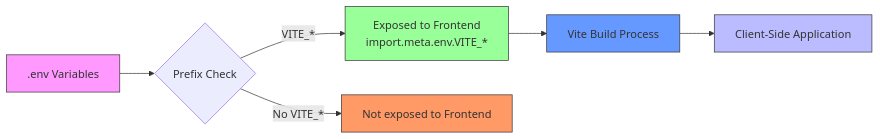
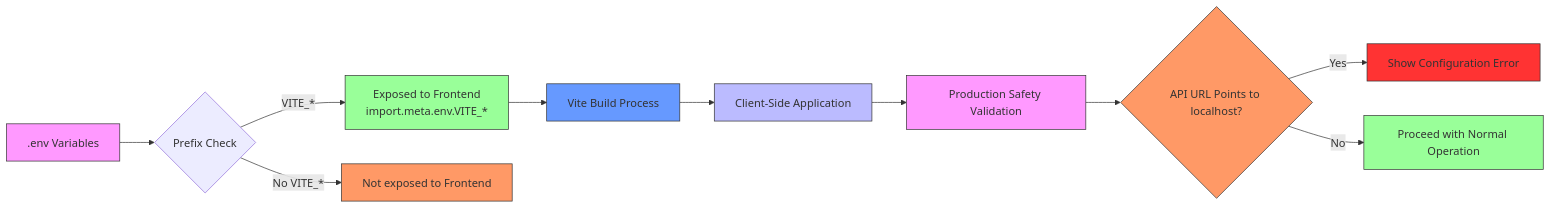
Before and after one commit to Brimstow/ThumPiks: the third of 4 diagrams in .qoder/repowiki/en/content/Configuration & Customization/Environment Configuration.md, drawn with Mermaid. The commit also changed other lines of this file and 900 other files, not shown here.

````diff
--- a/.qoder/repowiki/en/content/Configuration & Customization/Environment Configuration.md
+++ b/.qoder/repowiki/en/content/Configuration & Customization/Environment Configuration.md
@@ -99,13 +146,21 @@
 ```mermaid
 flowchart LR
 A[".env Variables"] --> B{Prefix Check}
 B --> |VITE_*| C["Exposed to Frontend<br>import.meta.env.VITE_*"]
 B --> |No VITE_*| D["Not exposed to Frontend"]
 C --> E["Vite Build Process"]
 E --> F["Client-Side Application"]
+F --> G["Production Safety Validation"]
+G --> H{"API URL Points to localhost?"}
+H --> |Yes| I["Show Configuration Error"]
+H --> |No| J["Proceed with Normal Operation"]
 style A fill:#f9f,stroke:#333
 style C fill:#9f9,stroke:#333
 style D fill:#f96,stroke:#333
 style E fill:#69f,stroke:#333
 style F fill:#bbf,stroke:#333
+style G fill:#f9f,stroke:#333
+style H fill:#f96,stroke:#333
+style I fill:#f33,stroke:#333
+style J fill:#9f9,stroke:#333
 ```
````
